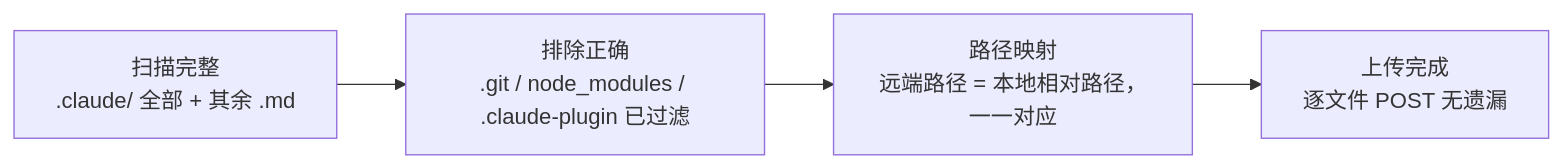
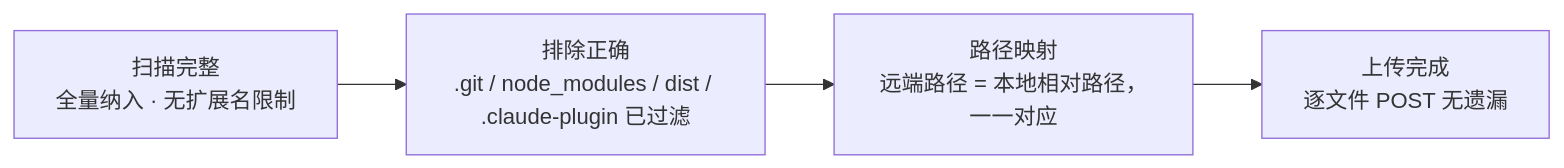
One commit to effiy/YrY changed the sixth of 6 diagrams in skills/rui-import/SKILL.md. Above: the diagram before and after it, drawn with Mermaid. The commit also changed other lines of this file and 11 other files, not shown here.

````diff
--- a/skills/rui-import/SKILL.md
+++ b/skills/rui-import/SKILL.md
@@ -245,6 +237,6 @@
 ```mermaid
 flowchart LR
-    S1["扫描完整<br/>.claude/ 全部 + 其余 .md"]:::sig --> S2["排除正确<br/>.git / node_modules / .claude-plugin 已过滤"]:::sig
+    S1["扫描完整<br/>全量纳入 · 无扩展名限制"]:::sig --> S2["排除正确<br/>.git / node_modules / dist / .claude-plugin 已过滤"]:::sig
     S2 --> S3["路径映射<br/>远端路径 = 本地相对路径，一一对应"]:::sig
     S3 --> S4["上传完成<br/>逐文件 POST 无遗漏"]:::sig
 ```
````
